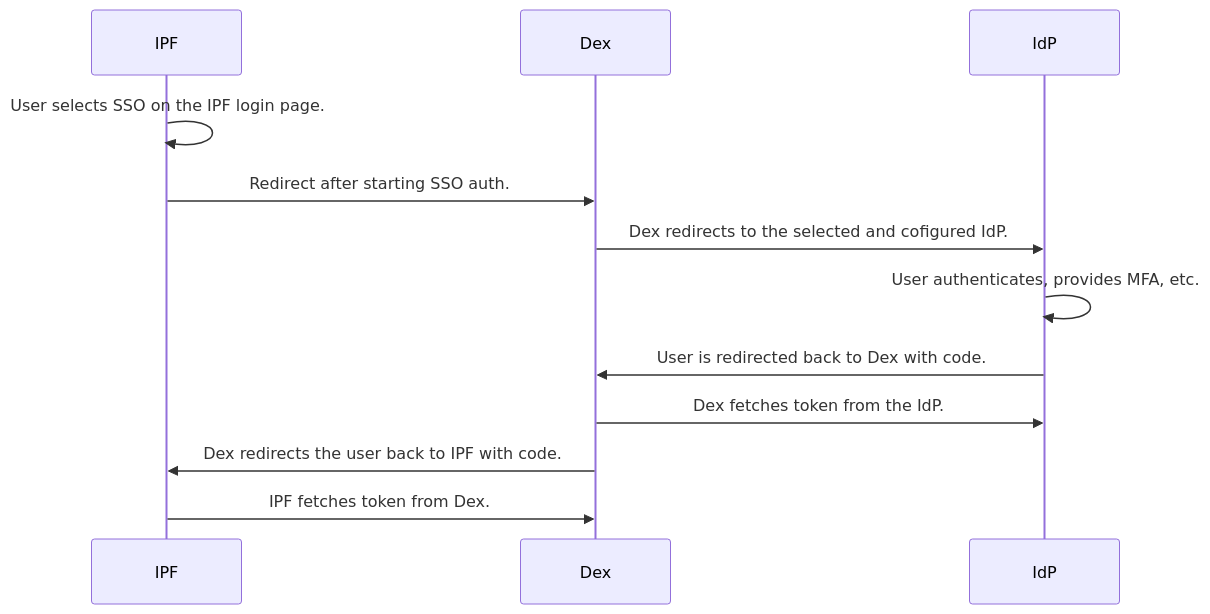
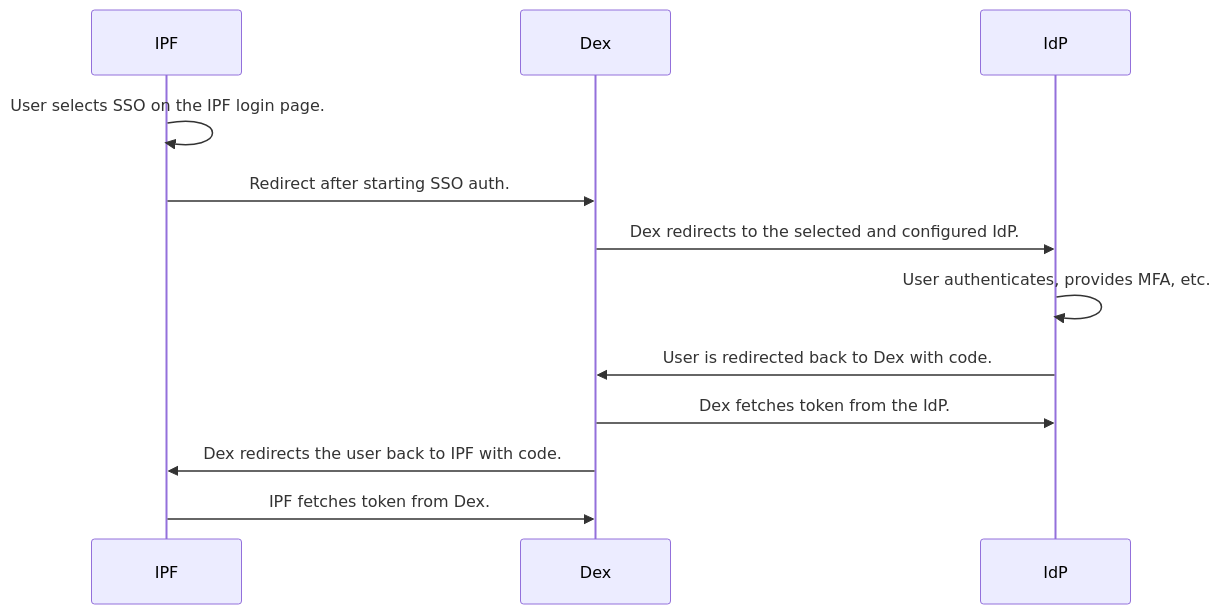
Before and after one commit to ipfabric/docs: the diagram in docs/IP_Fabric_Settings/administration/sso.md, drawn with Mermaid. The commit also changed other lines of this file, not shown here.

````diff
--- a/docs/IP_Fabric_Settings/administration/sso.md
+++ b/docs/IP_Fabric_Settings/administration/sso.md
@@ -25,11 +25,11 @@
 ```mermaid
 sequenceDiagram
   IPF->>IPF: User selects SSO on the IPF login page.
   IPF->>Dex: Redirect after starting SSO auth.
-  Dex->>IdP: Dex redirects to the selected and cofigured IdP.
+  Dex->>IdP: Dex redirects to the selected and configured IdP.
   IdP->>IdP: User authenticates, provides MFA, etc.
   IdP->>Dex: User is redirected back to Dex with code.
   Dex->>IdP: Dex fetches token from the IdP.
   Dex->>IPF: Dex redirects the user back to IPF with code.
   IPF->>Dex: IPF fetches token from Dex.
 ```
````
